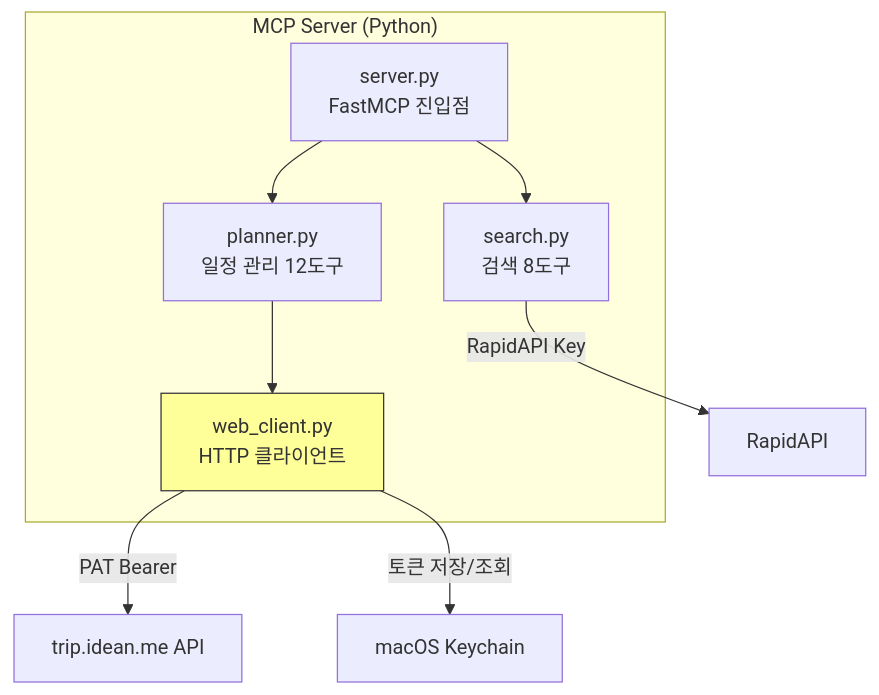
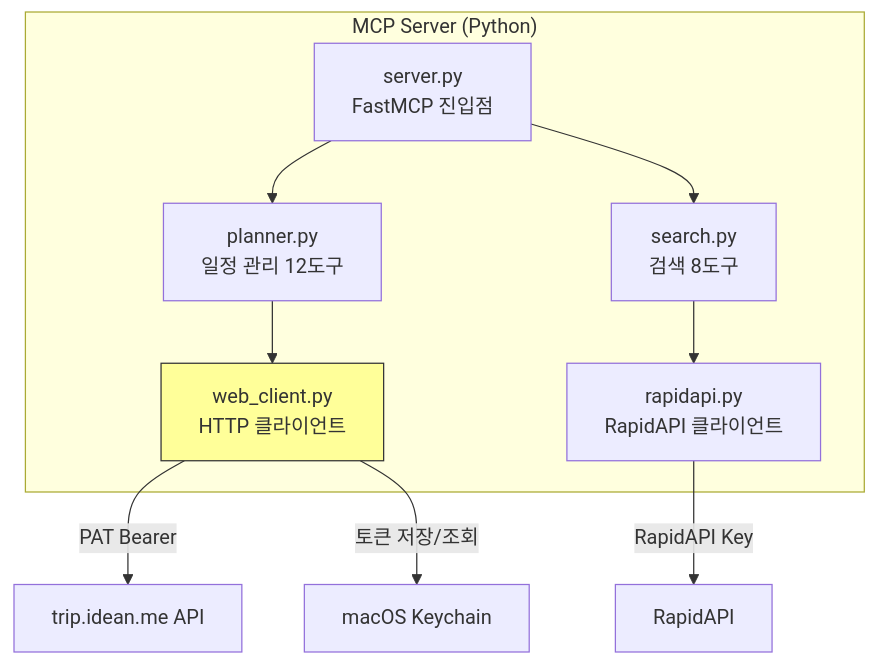
One commit to idean3885/trip-planner changed the fifth of 5 diagrams in docs/ARCHITECTURE.md. Above: the diagram before and after it, drawn with Mermaid. The commit also changed other lines of this file and 6 other files, not shown here.

First line of the commit message:
docs: v4.5.0 기준 개발 문서 현행화 (ERD·아키텍처·다이어그램)

````diff
--- a/docs/ARCHITECTURE.md
+++ b/docs/ARCHITECTURE.md
@@ -170,18 +180,20 @@
 ```mermaid
 graph TB
     subgraph "MCP Server (Python)"
         S[server.py<br/>FastMCP 진입점]
         P[planner.py<br/>일정 관리 12도구]
         SR[search.py<br/>검색 8도구]
         W[web_client.py<br/>HTTP 클라이언트]
+        RAP[rapidapi.py<br/>RapidAPI 클라이언트]
     end
 
     S --> P
     S --> SR
     P --> W
+    SR --> RAP
     W -->|PAT Bearer| API[trip.idean.me API]
-    SR -->|RapidAPI Key| RA[RapidAPI]
+    RAP -->|RapidAPI Key| RA[RapidAPI]
     W -->|토큰 저장/조회| KC[macOS Keychain]
 
     style W fill:#ff9,stroke:#333
 ```
````
